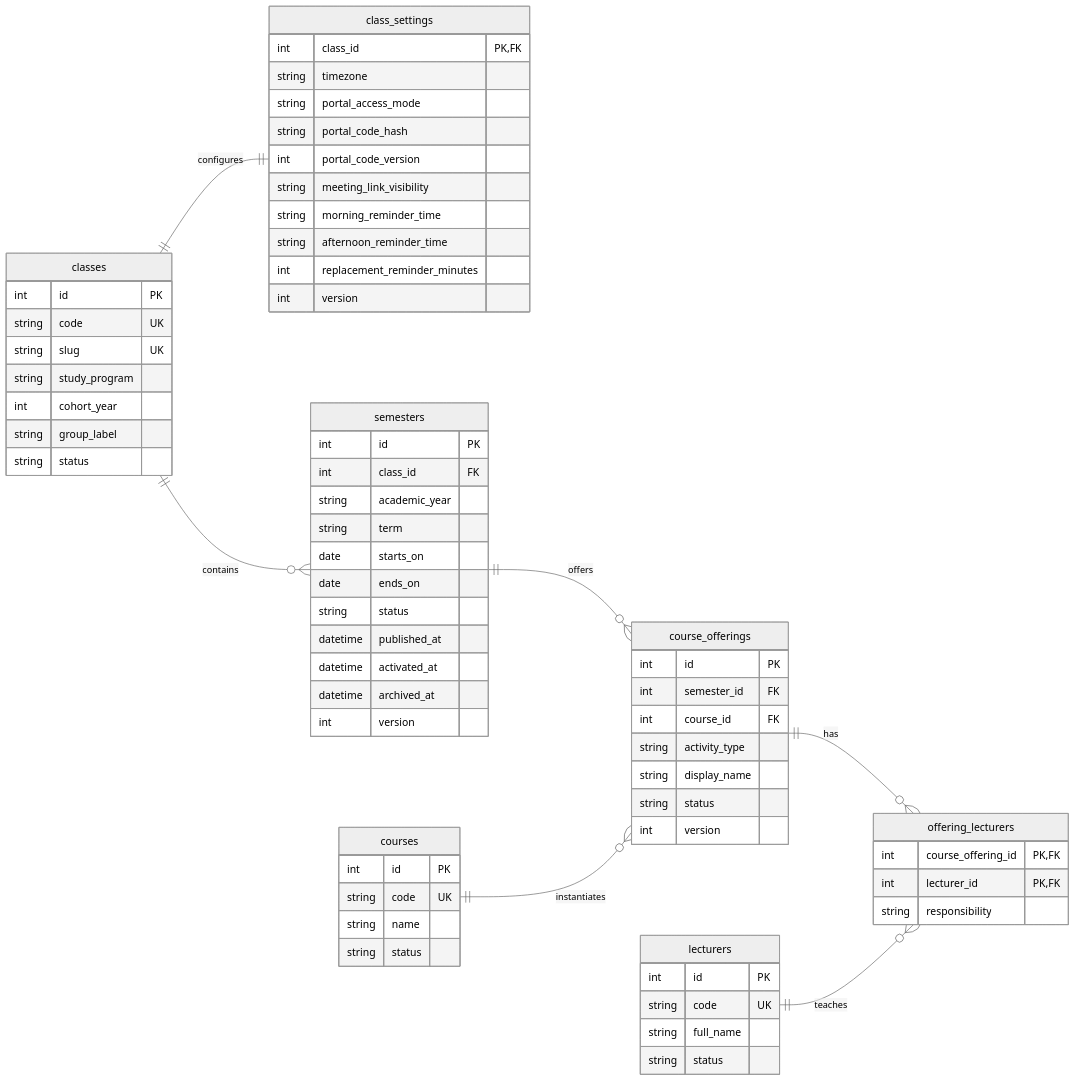
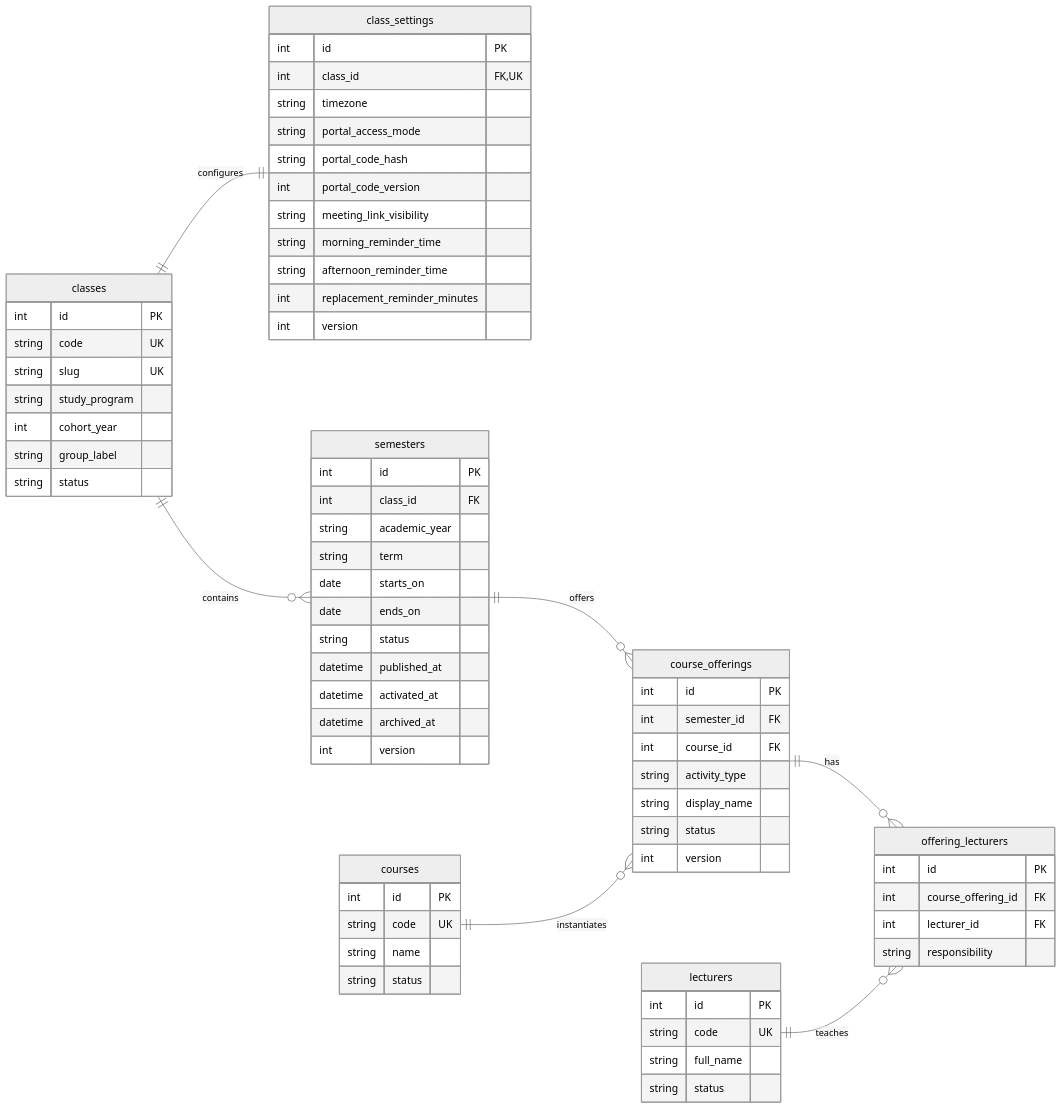
Before and after one commit to darvaaph/bot-wa-jadwal: the third of 7 diagrams in docs/product/ERD.md, drawn with Mermaid (neutral theme). The commit also changed other lines of this file and 48 other files, not shown here.

Commit message:
feat: implement core bot infrastructure, scheduling, API endpoints, and database schema

````diff
--- a/docs/product/ERD.md
+++ b/docs/product/ERD.md
@@ -199,72 +199,74 @@
 ```mermaid
 erDiagram
     direction LR
 
     classes ||--|| classSettings : configures
     classes ||--o{ semesters : contains
     semesters ||--o{ courseOfferings : offers
     courses ||--o{ courseOfferings : instantiates
     courseOfferings ||--o{ offeringLecturers : has
     lecturers ||--o{ offeringLecturers : teaches
 
     classes["classes"] {
         int id PK
         string code UK
         string slug UK
         string study_program
         int cohort_year
         string group_label
         string status
     }
     classSettings["class_settings"] {
-        int class_id PK, FK
+        int id PK
+        int class_id FK, UK
         string timezone
         string portal_access_mode
         string portal_code_hash
         int portal_code_version
         string meeting_link_visibility
         string morning_reminder_time
         string afternoon_reminder_time
         int replacement_reminder_minutes
         int version
     }
     semesters["semesters"] {
         int id PK
         int class_id FK
         string academic_year
         string term
         date starts_on
         date ends_on
         string status
         datetime published_at
         datetime activated_at
         datetime archived_at
         int version
     }
     courses["courses"] {
         int id PK
         string code UK
         string name
         string status
     }
     courseOfferings["course_offerings"] {
         int id PK
         int semester_id FK
         int course_id FK
         string activity_type
         string display_name
         string status
         int version
     }
     lecturers["lecturers"] {
         int id PK
         string code UK
         string full_name
         string status
     }
     offeringLecturers["offering_lecturers"] {
-        int course_offering_id PK, FK
-        int lecturer_id PK, FK
+        int id PK
+        int course_offering_id FK
+        int lecturer_id FK
         string responsibility
     }
 ```
````
